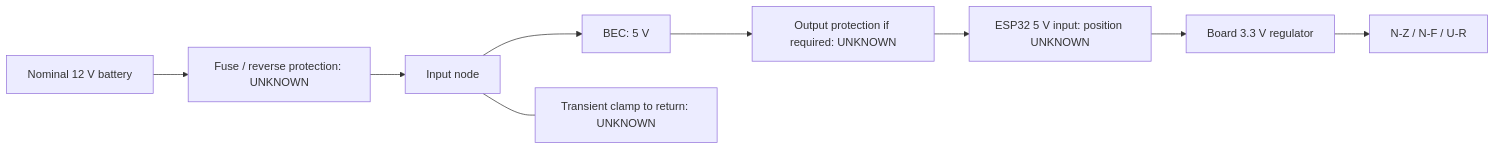
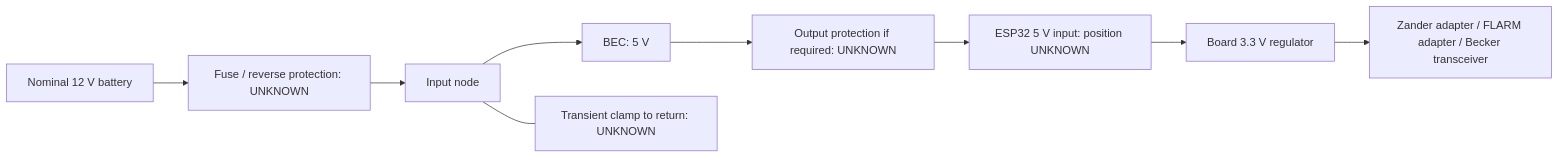
The second of 2 diagrams in docs/connections.md (MomoRC-tech/Becker-AR6201-to-OpenSoar), drawn with Mermaid before and after one commit. The commit also changed other lines of this file and 6 other files, not shown here.

````diff
--- a/docs/connections.md
+++ b/docs/connections.md
@@ -75,9 +80,9 @@
 ```mermaid
 flowchart LR
     S["Nominal 12 V battery"] --> P["Fuse / reverse protection: UNKNOWN"]
     P --> I[Input node] --> B["BEC: 5 V"]
     I --- T["Transient clamp to return: UNKNOWN"]
     B --> V["Output protection if required: UNKNOWN"] --> E["ESP32 5 V input: position UNKNOWN"]
     E --> R[Board 3.3 V regulator]
-    R --> C["N-Z / N-F / U-R"]
+    R --> C["Zander adapter / FLARM adapter / Becker transceiver"]
 ```
````
